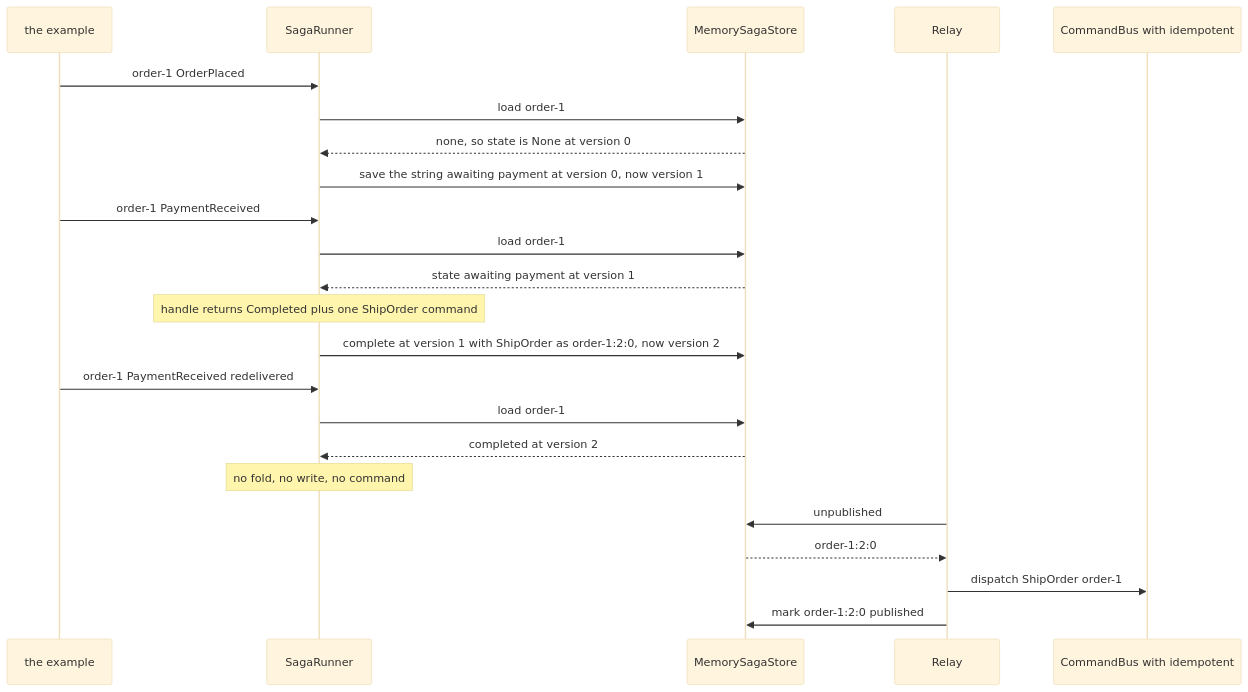
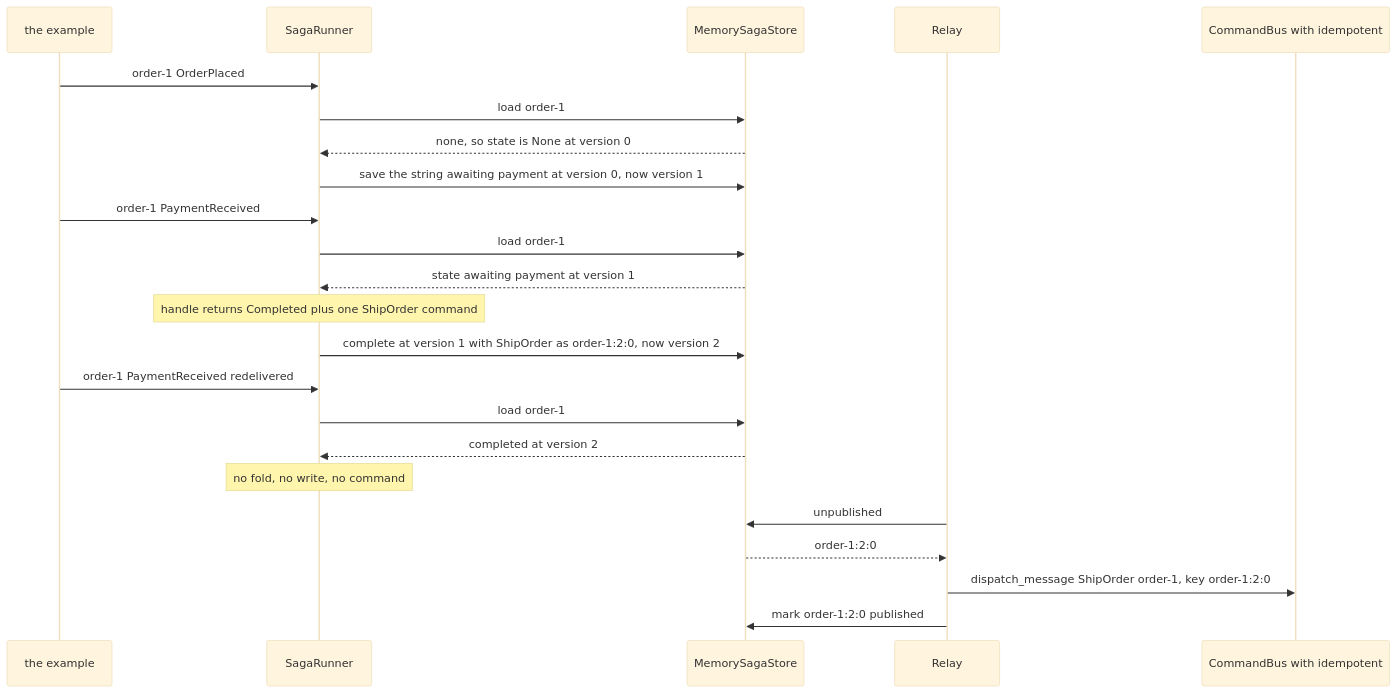
One commit to haskian/edax changed the third of 3 diagrams in docs/sdk/sagas.md. Above: the diagram before and after it, drawn with Mermaid (base theme). The commit also changed other lines of this file and 175 other files, not shown here.

````diff
--- a/docs/sdk/sagas.md
+++ b/docs/sdk/sagas.md
@@ -216,25 +192,25 @@
 ```mermaid
 sequenceDiagram
     participant EX as the example
     participant RU as SagaRunner
     participant ST as MemorySagaStore
     participant RL as Relay
     participant CB as CommandBus with idempotent
     EX->>RU: order-1 OrderPlaced
     RU->>ST: load order-1
     ST-->>RU: none, so state is None at version 0
     RU->>ST: save the string awaiting payment at version 0, now version 1
     EX->>RU: order-1 PaymentReceived
     RU->>ST: load order-1
     ST-->>RU: state awaiting payment at version 1
     Note over RU: handle returns Completed plus one ShipOrder command
     RU->>ST: complete at version 1 with ShipOrder as order-1:2:0, now version 2
     EX->>RU: order-1 PaymentReceived redelivered
     RU->>ST: load order-1
     ST-->>RU: completed at version 2
     Note over RU: no fold, no write, no command
     RL->>ST: unpublished
     ST-->>RL: order-1:2:0
-    RL->>CB: dispatch ShipOrder order-1
+    RL->>CB: dispatch_message ShipOrder order-1, key order-1:2:0
     RL->>ST: mark order-1:2:0 published
 ```
````
